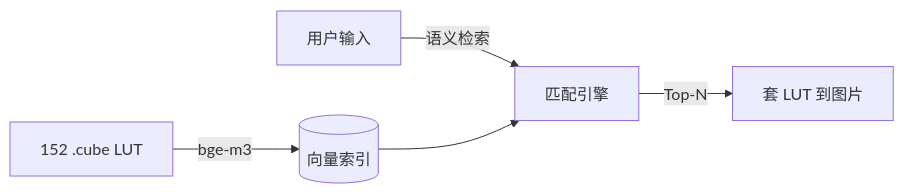
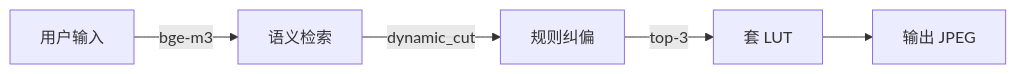
The diagram in README.md (Chisen2Code/ProjectLUT), drawn with Mermaid before and after one commit. The commit also changed other lines of this file, not shown here.

````diff
--- a/README.md
+++ b/README.md
@@ -5,7 +5,7 @@
 ```mermaid
 flowchart LR
-    A[152 .cube LUT] -->|bge-m3| B[(向量索引)]
-    C[用户输入] -->|语义检索| D[匹配引擎]
-    B --> D
-    D -->|Top-N| E[套 LUT 到图片]
+    A[用户输入] -->|bge-m3| B[语义检索]
+    B -->|dynamic_cut| C[规则纠偏]
+    C -->|top-3| D[套 LUT]
+    D --> E[输出 JPEG]
 ```
````
